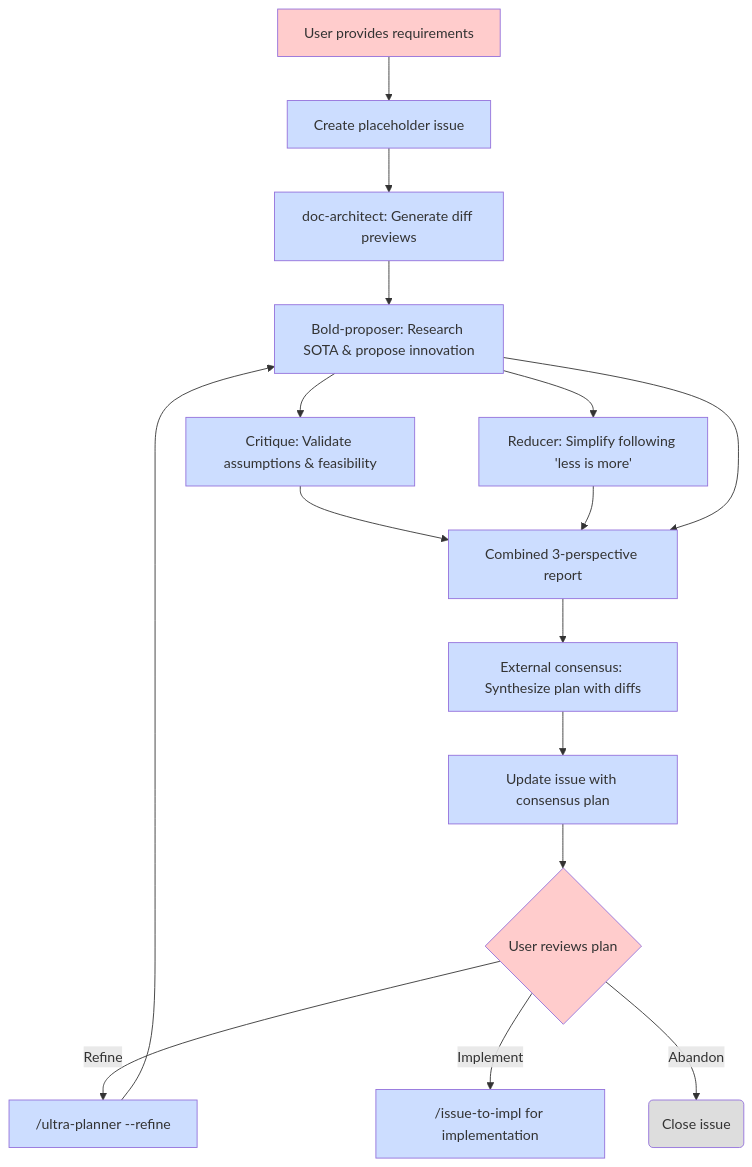
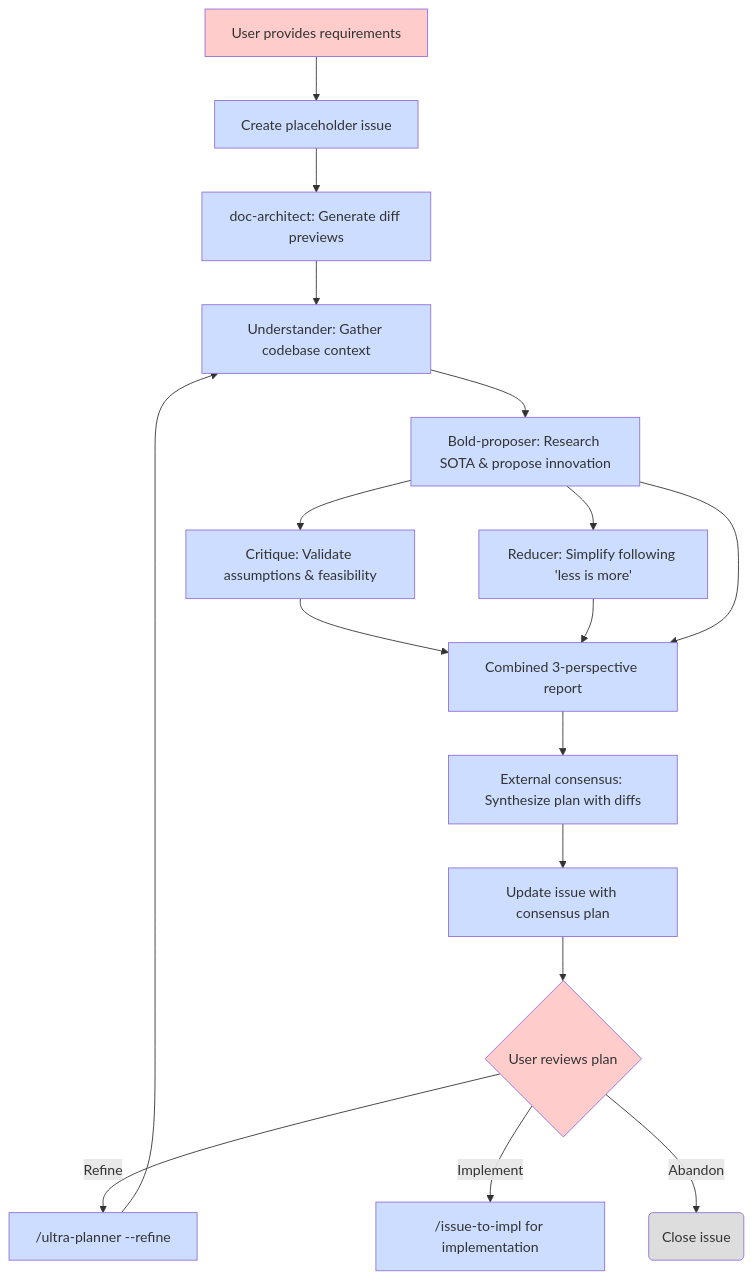
One commit to Synthesys-Lab/agentize changed the diagram in docs/workflows/ultra-planner.md. Above: the diagram before and after it, drawn with Mermaid. The commit also changed other lines of this file and 3 other files, not shown here.

````diff
--- a/docs/workflows/ultra-planner.md
+++ b/docs/workflows/ultra-planner.md
@@ -11,32 +11,34 @@
 ```mermaid
 graph TD
     A[User provides requirements] --> B[Create placeholder issue]
     B --> B2[doc-architect: Generate diff previews]
-    B2 --> C[Bold-proposer: Research SOTA & propose innovation]
+    B2 --> U[Understander: Gather codebase context]
+    U --> C[Bold-proposer: Research SOTA & propose innovation]
     C --> D
     C --> E
     D[Critique: Validate assumptions & feasibility] --> F
     E[Reducer: Simplify following 'less is more'] --> F
     C --> F
     F[Combined 3-perspective report] --> G
     G[External consensus: Synthesize plan with diffs] --> H[Update issue with consensus plan]
     H --> I{User reviews plan}
     I -->|Refine| J["/ultra-planner --refine"]
-    J --> C
+    J --> U
     I -->|Implement| K["/issue-to-impl for implementation"]
     I -->|Abandon| Z(Close issue)
 
     style A fill:#ffcccc
     style I fill:#ffcccc
     style B fill:#ccddff
     style B2 fill:#ccddff
+    style U fill:#ccddff
     style C fill:#ccddff
     style D fill:#ccddff
     style E fill:#ccddff
     style F fill:#ccddff
     style G fill:#ccddff
     style H fill:#ccddff
     style J fill:#ccddff
     style K fill:#ccddff
     style Z fill:#dddddd
 ```
````
